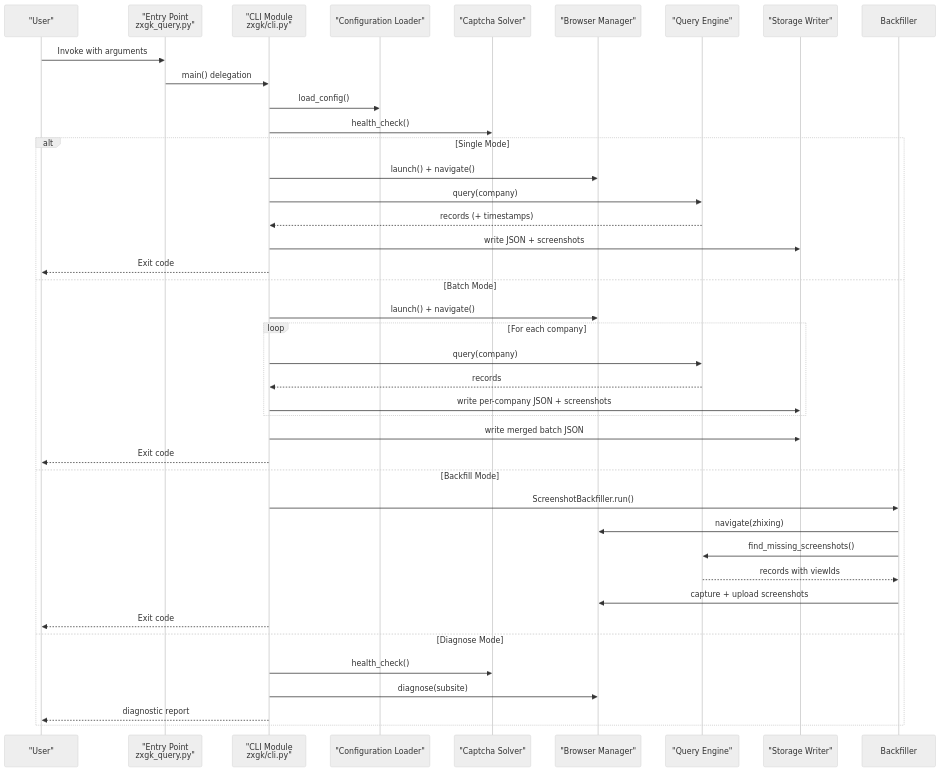
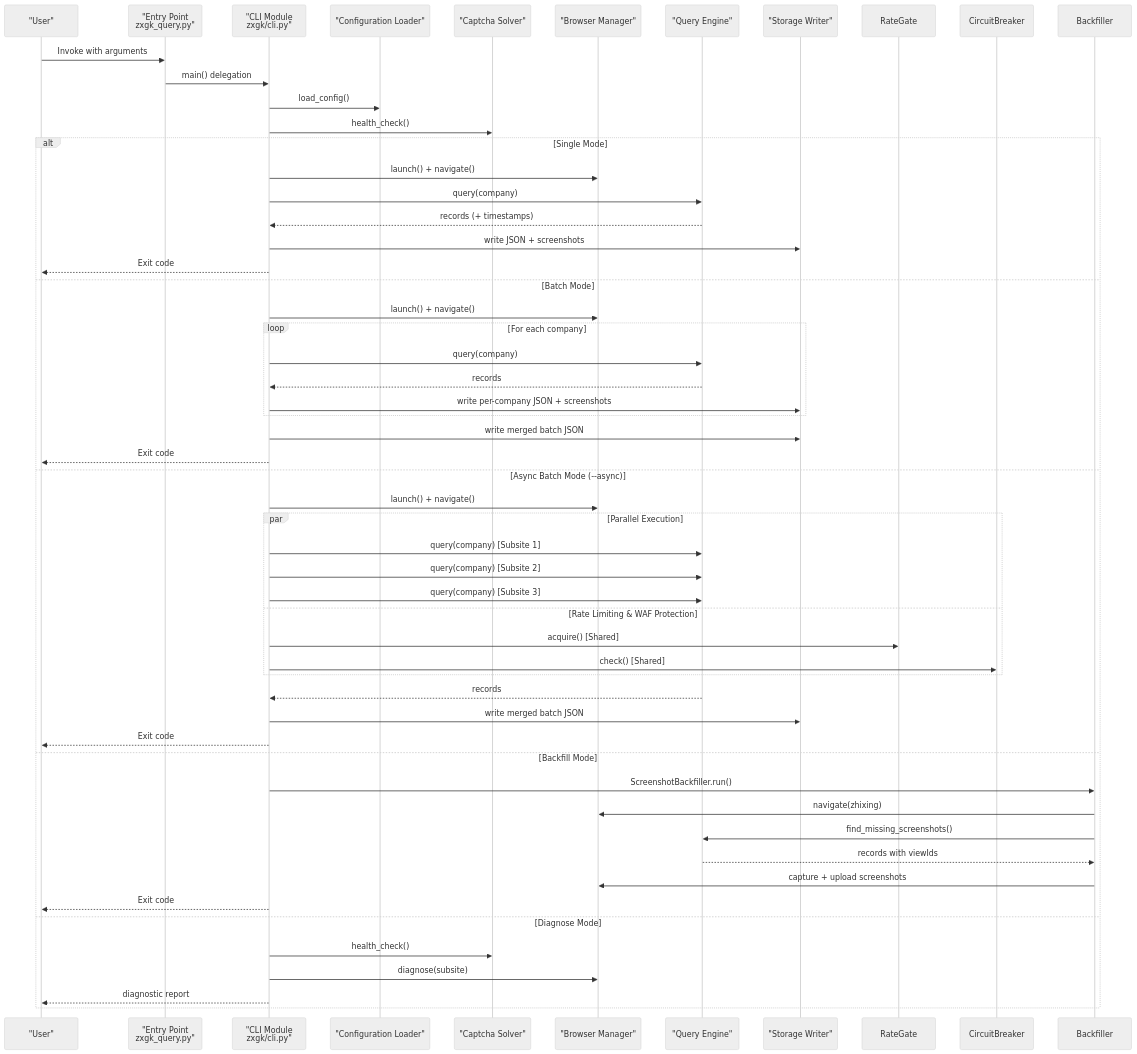
One commit to supotato-ipj/zxgk_auto_query-skill changed the second of 4 diagrams in .qoder/repowiki/en/content/CLI Interface Reference.md. Above: the diagram before and after it, drawn with Mermaid (neutral theme). The commit also changed other lines of this file and 19 other files, not shown here.

````diff
--- a/.qoder/repowiki/en/content/CLI Interface Reference.md
+++ b/.qoder/repowiki/en/content/CLI Interface Reference.md
@@ -95,42 +105,55 @@
 ```mermaid
 sequenceDiagram
 participant User as "User"
 participant Entry as "Entry Point<br/>zxgk_query.py"
 participant CLI as "CLI Module<br/>zxgk/cli.py"
 participant Config as "Configuration Loader"
 participant OCR as "Captcha Solver"
 participant Browser as "Browser Manager"
 participant Engine as "Query Engine"
 participant Storage as "Storage Writer"
 User->>Entry : Invoke with arguments
 Entry->>CLI : main() delegation
 CLI->>Config : load_config()
 CLI->>OCR : health_check()
 alt Single Mode
 CLI->>Browser : launch() + navigate()
 CLI->>Engine : query(company)
 Engine-->>CLI : records (+ timestamps)
 CLI->>Storage : write JSON + screenshots
 CLI-->>User : Exit code
 else Batch Mode
 CLI->>Browser : launch() + navigate()
 loop For each company
 CLI->>Engine : query(company)
 Engine-->>CLI : records
 CLI->>Storage : write per-company JSON + screenshots
 end
 CLI->>Storage : write merged batch JSON
 CLI-->>User : Exit code
+else Async Batch Mode (--async)
+CLI->>Browser : launch() + navigate()
+par Parallel Execution
+CLI->>Engine : query(company) [Subsite 1]
+CLI->>Engine : query(company) [Subsite 2]
+CLI->>Engine : query(company) [Subsite 3]
+and Rate Limiting & WAF Protection
+CLI->>RateGate : acquire() [Shared]
+CLI->>CircuitBreaker : check() [Shared]
+end
+Engine-->>CLI : records
+CLI->>Storage : write merged batch JSON
+CLI-->>User : Exit code
 else Backfill Mode
 CLI->>Backfiller : ScreenshotBackfiller.run()
 Backfiller->>Browser : navigate(zhixing)
 Backfiller->>Engine : find_missing_screenshots()
 Engine-->>Backfiller : records with viewIds
 Backfiller->>Browser : capture + upload screenshots
 CLI-->>User : Exit code
 else Diagnose Mode
 CLI->>OCR : health_check()
 CLI->>Browser : diagnose(subsite)
 CLI-->>User : diagnostic report
 end
 ```
````
